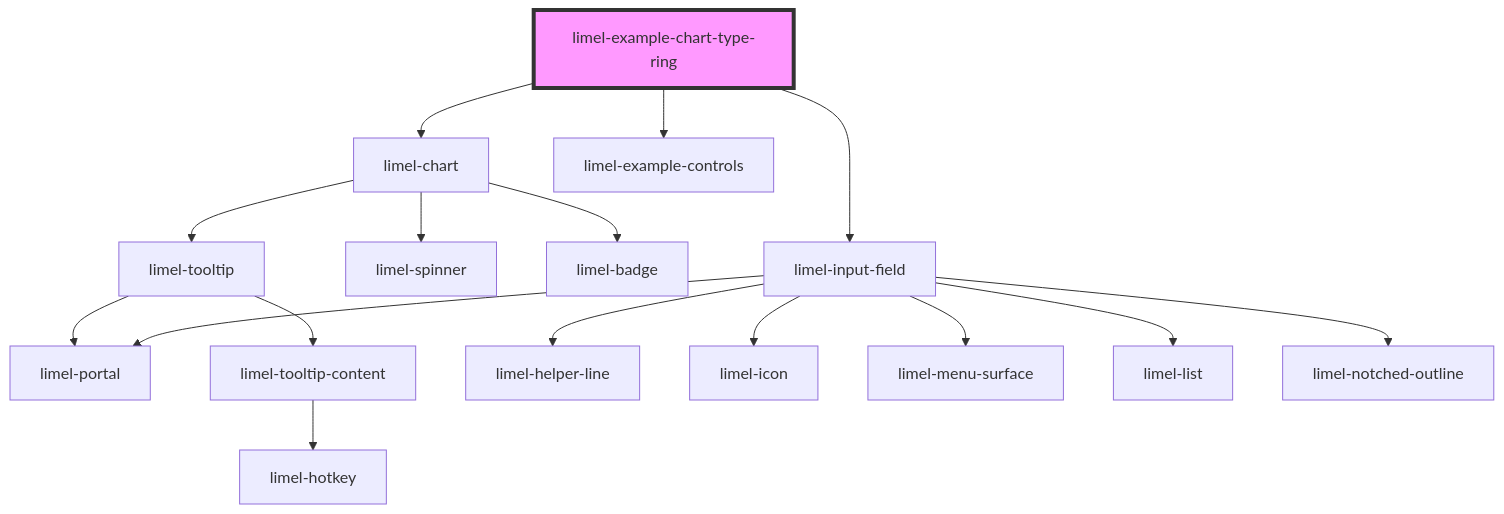
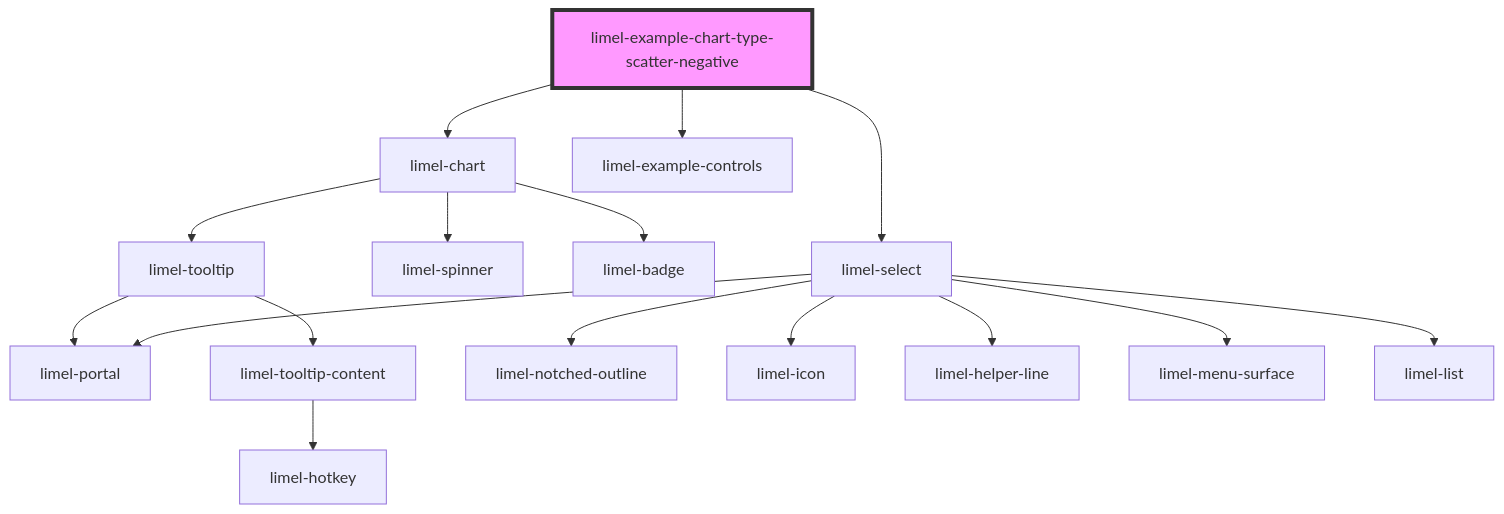
One commit to Lundalogik/lime-elements changed the diagram in versions/PR-4181/markdown-docs/components/chart/examples/readme.md. Above: the diagram before and after it, drawn with Mermaid. The commit also changed other lines of this file and 563 other files, not shown here.

````diff
--- a/versions/PR-4181/markdown-docs/components/chart/examples/readme.md
+++ b/versions/PR-4181/markdown-docs/components/chart/examples/readme.md
@@ -34,19 +25,19 @@
 ```mermaid
 graph TD;
-  limel-example-chart-type-ring --> limel-chart
-  limel-example-chart-type-ring --> limel-example-controls
-  limel-example-chart-type-ring --> limel-input-field
+  limel-example-chart-type-scatter-negative --> limel-chart
+  limel-example-chart-type-scatter-negative --> limel-example-controls
+  limel-example-chart-type-scatter-negative --> limel-select
   limel-chart --> limel-spinner
   limel-chart --> limel-badge
   limel-chart --> limel-tooltip
   limel-tooltip --> limel-portal
   limel-tooltip --> limel-tooltip-content
   limel-tooltip-content --> limel-hotkey
-  limel-input-field --> limel-helper-line
-  limel-input-field --> limel-icon
-  limel-input-field --> limel-portal
-  limel-input-field --> limel-menu-surface
-  limel-input-field --> limel-list
-  limel-input-field --> limel-notched-outline
-  style limel-example-chart-type-ring fill:#f9f,stroke:#333,stroke-width:4px
+  limel-select --> limel-notched-outline
+  limel-select --> limel-icon
+  limel-select --> limel-helper-line
+  limel-select --> limel-portal
+  limel-select --> limel-menu-surface
+  limel-select --> limel-list
+  style limel-example-chart-type-scatter-negative fill:#f9f,stroke:#333,stroke-width:4px
 ```
````
